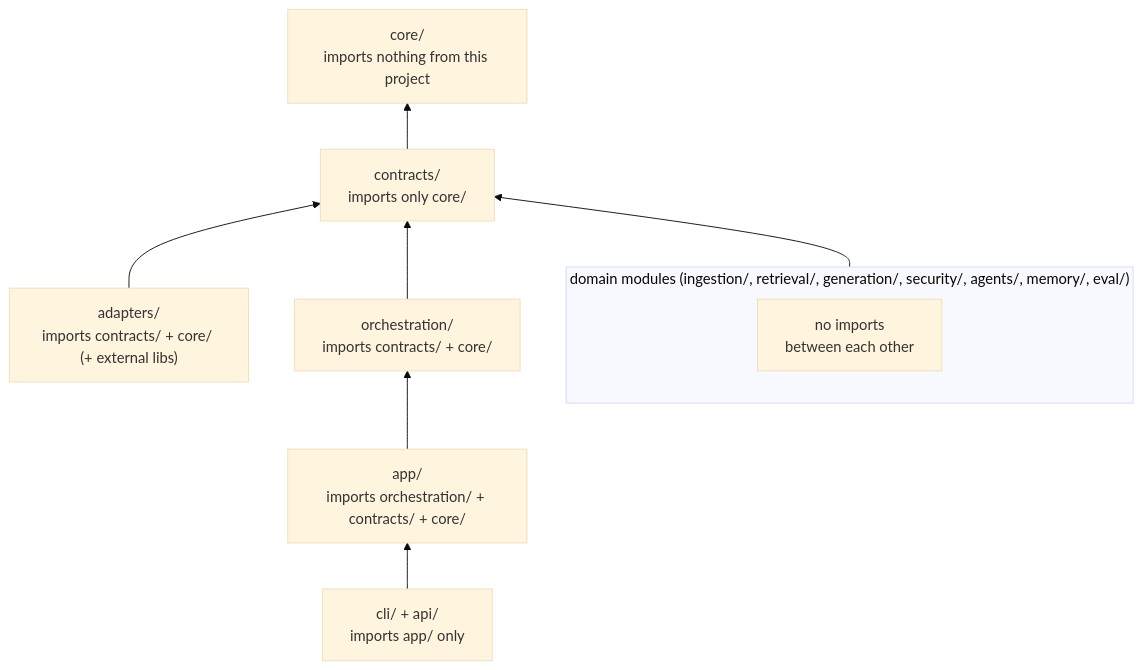
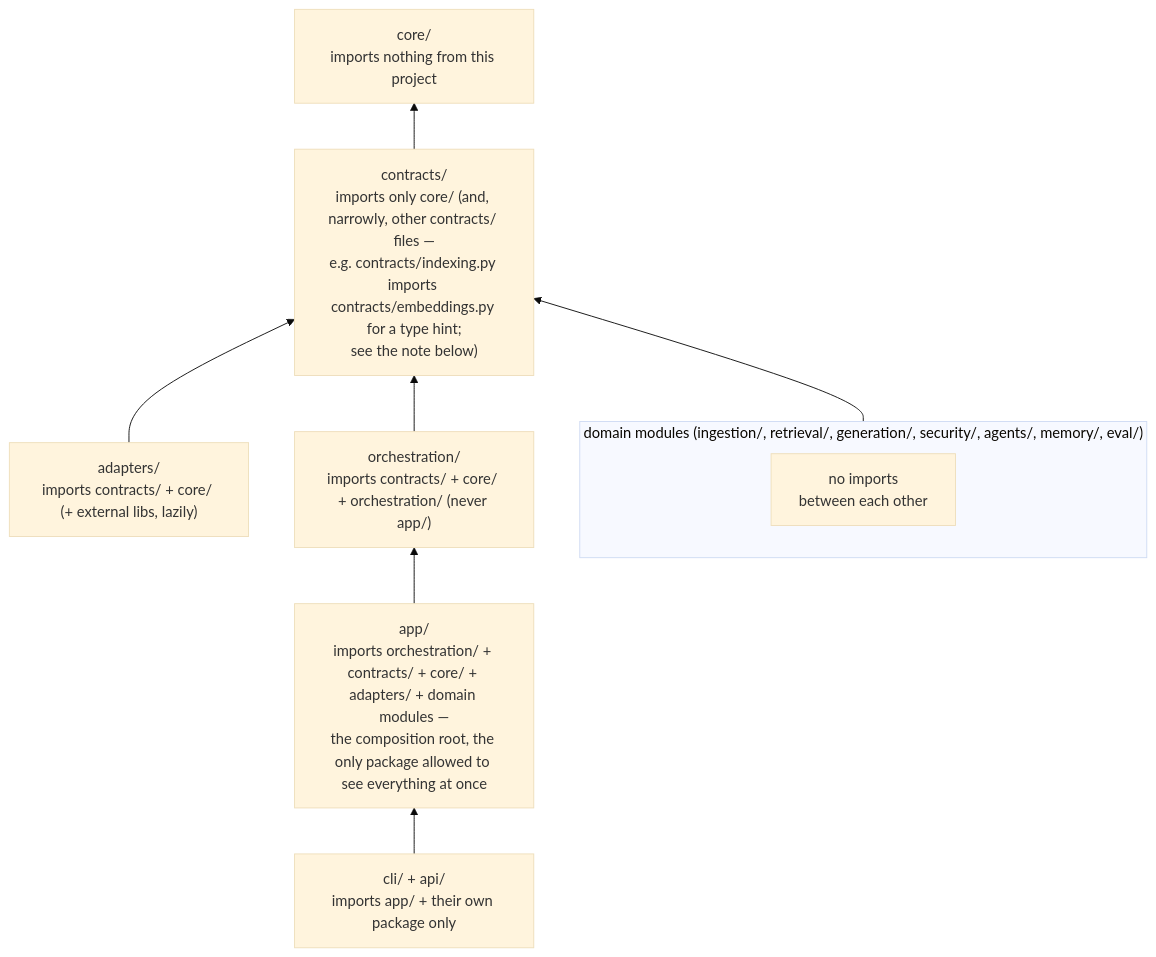
The diagram in docs/architecture/module-model.md (HerbertGourout/modular-rag-framework), drawn with Mermaid before and after one commit. The commit also changed other lines of this file and 42 other files, not shown here.

````diff
--- a/docs/architecture/module-model.md
+++ b/docs/architecture/module-model.md
@@ -138,21 +301,21 @@
 ```mermaid
 %%{init: {"theme": "base"}}%%
 flowchart BT
     Core["core/\nimports nothing from this project"]
-    Contracts["contracts/\nimports only core/"]
+    Contracts["contracts/\nimports only core/ (and, narrowly, other contracts/ files —\ne.g. contracts/indexing.py imports contracts/embeddings.py for a type hint;\nsee the note below)"]
     subgraph Domains["domain modules (ingestion/, retrieval/, generation/, security/, agents/, memory/, eval/)"]
         direction LR
         D1["no imports\nbetween each other"]
     end
-    Adapters["adapters/\nimports contracts/ + core/ (+ external libs)"]
-    Orchestration["orchestration/\nimports contracts/ + core/"]
-    App["app/\nimports orchestration/ + contracts/ + core/"]
-    CliApi["cli/ + api/\nimports app/ only"]
+    Adapters["adapters/\nimports contracts/ + core/ (+ external libs, lazily)"]
+    Orchestration["orchestration/\nimports contracts/ + core/ + orchestration/ (never app/)"]
+    App["app/\nimports orchestration/ + contracts/ + core/ + adapters/ + domain modules —\nthe composition root, the only package allowed to see everything at once"]
+    CliApi["cli/ + api/\nimports app/ + their own package only"]
 
     Contracts --> Core
     Domains --> Contracts
     Adapters --> Contracts
     Orchestration --> Contracts
     App --> Orchestration
     CliApi --> App
 ```
````
